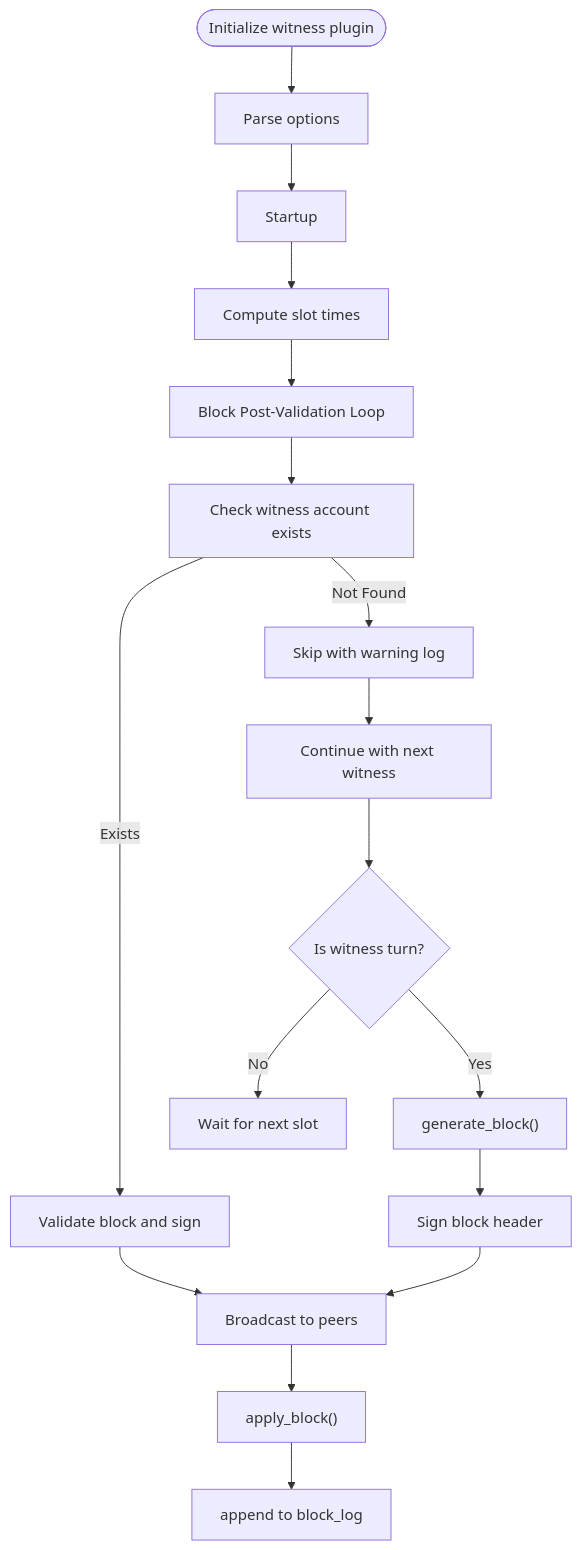
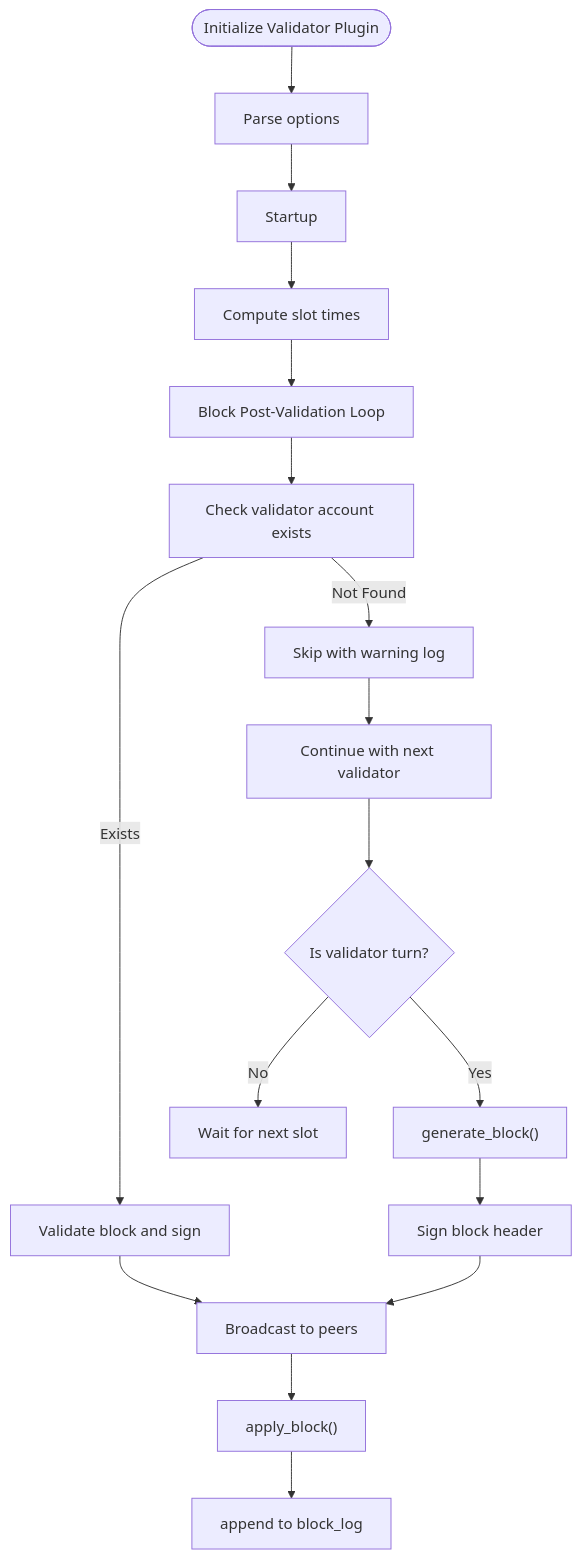
The seventh of 9 diagrams in .qoder/repowiki/en/content/Architecture Overview/Data Flow and Processing/Block Processing and Validation.md (VIZ-Blockchain/viz-cpp-node), drawn with Mermaid before and after one commit. The commit also changed other lines of this file and 88 other files, not shown here.

First line of the commit message:
docs(validator): rename witness to validator throughout documentation

````diff
--- a/.qoder/repowiki/en/content/Architecture Overview/Data Flow and Processing/Block Processing and Validation.md
+++ b/.qoder/repowiki/en/content/Architecture Overview/Data Flow and Processing/Block Processing and Validation.md
@@ -320,18 +320,18 @@
 ```mermaid
 flowchart TD
-Init(["Initialize witness plugin"]) --> Options["Parse options"]
+Init(["Initialize Validator Plugin"]) --> Options["Parse options"]
 Options --> Startup["Startup"]
 Startup --> Schedule["Compute slot times"]
 Schedule --> PostValidation["Block Post-Validation Loop"]
-PostValidation --> CheckWitness["Check witness account exists"]
+PostValidation --> CheckWitness["Check validator account exists"]
 CheckWitness --> |Exists| ValidateBlock["Validate block and sign"]
 CheckWitness --> |Not Found| Skip["Skip with warning log"]
 ValidateBlock --> Broadcast["Broadcast to peers"]
-Skip --> Continue["Continue with next witness"]
-Continue --> Produce{"Is witness turn?"}
+Skip --> Continue["Continue with next validator"]
+Continue --> Produce{"Is validator turn?"}
 Produce --> |Yes| Build["generate_block()"]
 Produce --> |No| Wait["Wait for next slot"]
 Build --> Sign["Sign block header"]
 Sign --> Broadcast --> Apply["apply_block()"]
 Apply --> Persist["append to block_log"]
 ```
````
